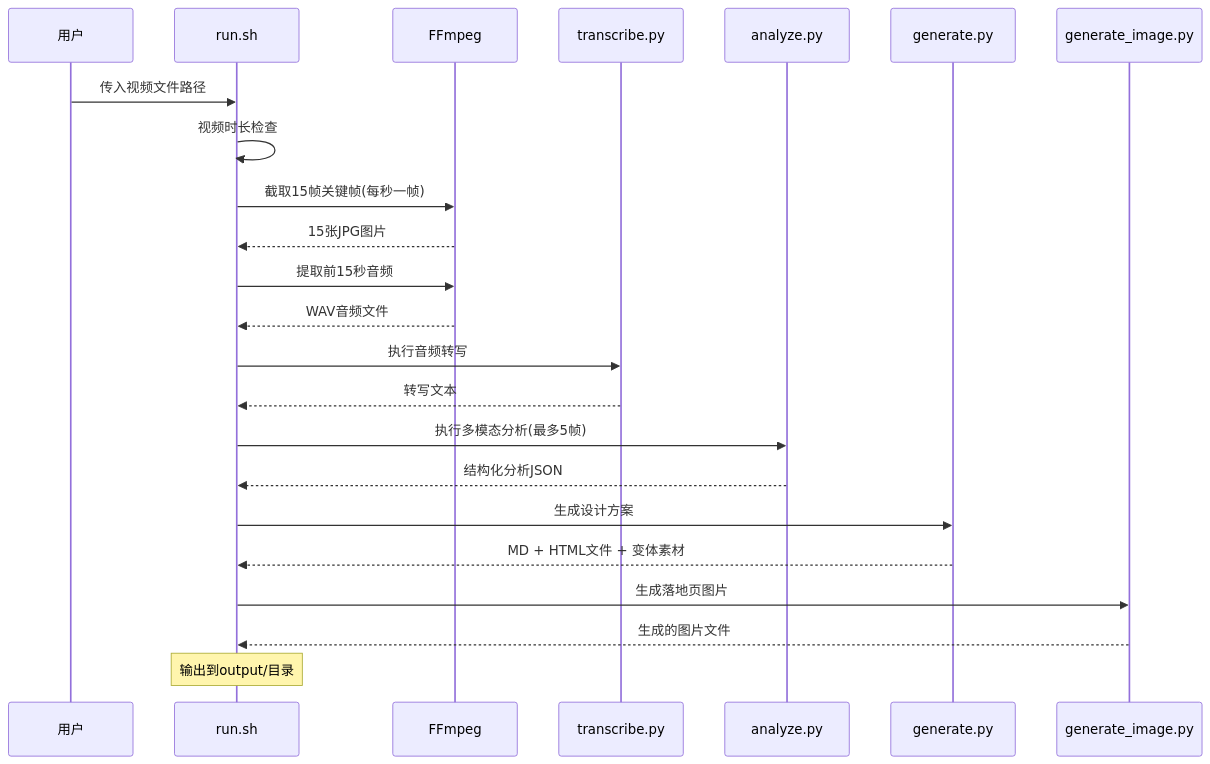
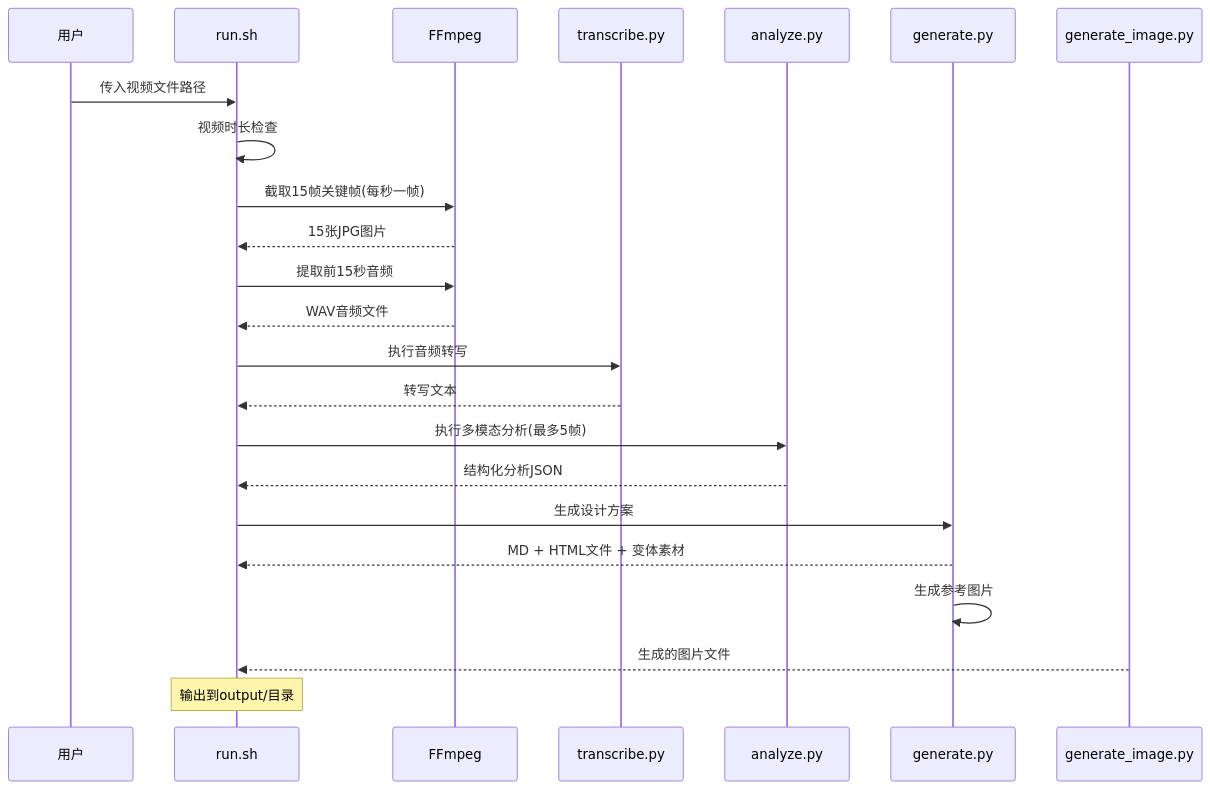
Before and after one commit to WongMingJiu/landingpage-test-hero-page: the second of 16 diagrams in .qoder/repowiki/zh/content/配置和定制/配置和定制.md, drawn with Mermaid. The commit also changed other lines of this file and 6 other files, not shown here.

````diff
--- a/.qoder/repowiki/zh/content/配置和定制/配置和定制.md
+++ b/.qoder/repowiki/zh/content/配置和定制/配置和定制.md
@@ -133,25 +142,25 @@
 ```mermaid
 sequenceDiagram
 participant User as 用户
 participant Run as run.sh
 participant FFmpeg as FFmpeg
 participant Transcribe as transcribe.py
 participant Analyze as analyze.py
 participant Generate as generate.py
 participant GenerateImage as generate_image.py
 User->>Run : 传入视频文件路径
 Run->>Run : 视频时长检查
 Run->>FFmpeg : 截取15帧关键帧(每秒一帧)
 FFmpeg-->>Run : 15张JPG图片
 Run->>FFmpeg : 提取前15秒音频
 FFmpeg-->>Run : WAV音频文件
 Run->>Transcribe : 执行音频转写
 Transcribe-->>Run : 转写文本
 Run->>Analyze : 执行多模态分析(最多5帧)
 Analyze-->>Run : 结构化分析JSON
 Run->>Generate : 生成设计方案
 Generate-->>Run : MD + HTML文件 + 变体素材
-Run->>GenerateImage : 生成落地页图片
+Generate->>Generate : 生成参考图片
 GenerateImage-->>Run : 生成的图片文件
 Note over Run : 输出到output/目录
 ```
````
